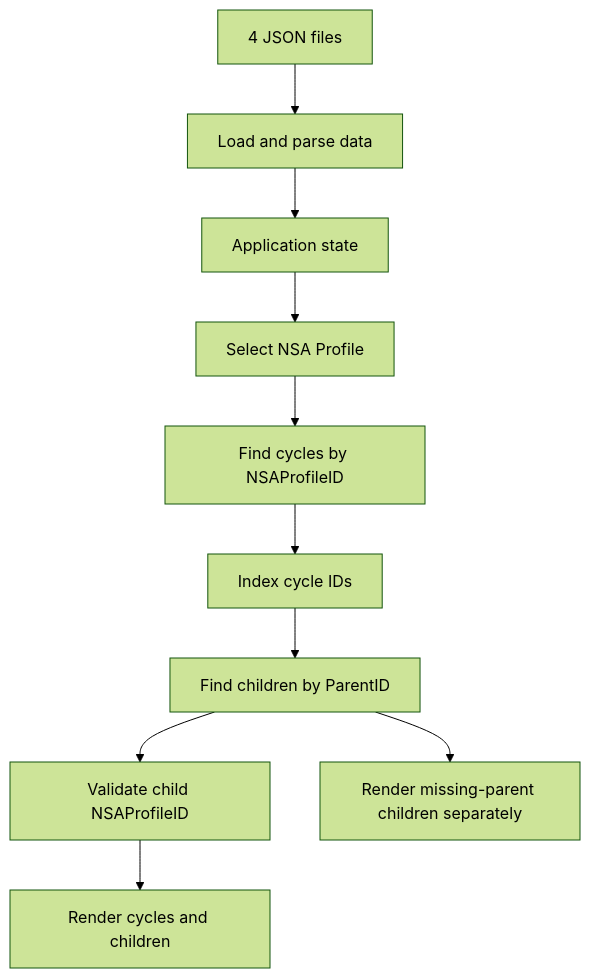
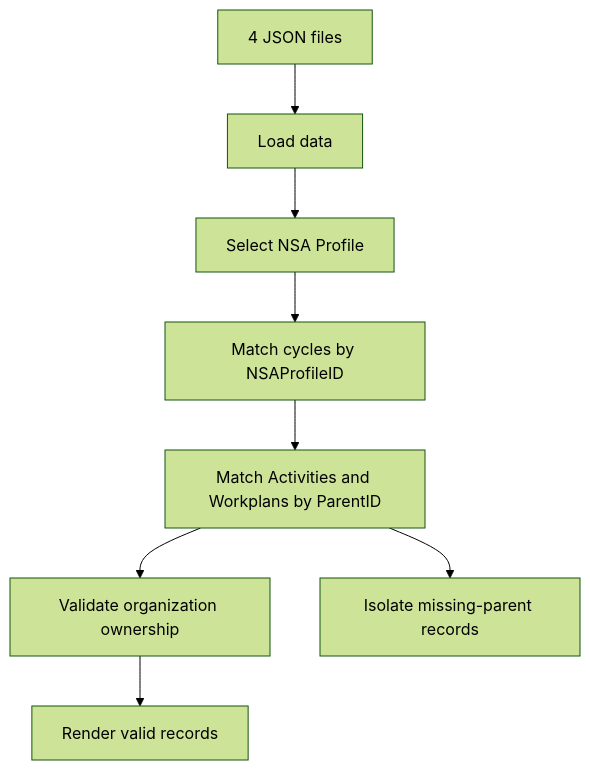
The diagram in NSAv2/reports/validate-end-to-end-data-workflow.md (geraldotech/paho-nsa), drawn with Mermaid (forest theme) before and after one commit. The commit also changed other lines of this file, not shown here.

````diff
--- a/NSAv2/reports/validate-end-to-end-data-workflow.md
+++ b/NSAv2/reports/validate-end-to-end-data-workflow.md
@@ -66,12 +60,10 @@
 ```mermaid
 flowchart TD
-    J["4 JSON files"] --> L["Load and parse data"]
-    L --> S["Application state"]
-    S --> P["Select NSA Profile"]
-    P --> N["Find cycles by NSAProfileID"]
-    N --> C["Index cycle IDs"]
-    C --> R["Find children by ParentID"]
-    R --> V["Validate child NSAProfileID"]
-    V --> U["Render cycles and children"]
-    R --> O["Render missing-parent children separately"]
+    J["4 JSON files"] --> L["Load data"]
+    L --> P["Select NSA Profile"]
+    P --> N["Match cycles by NSAProfileID"]
+    N --> C["Match Activities and Workplans by ParentID"]
+    C --> V["Validate organization ownership"]
+    V --> U["Render valid records"]
+    C --> O["Isolate missing-parent records"]
 ```
````
